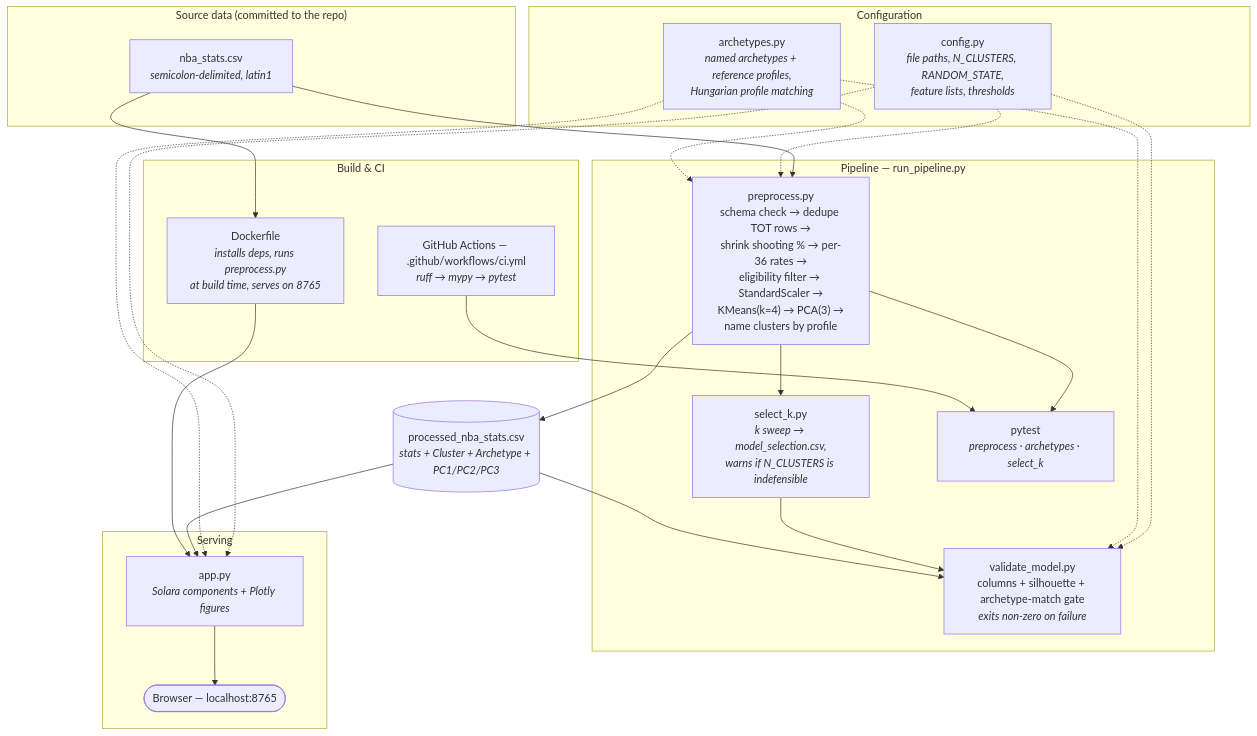
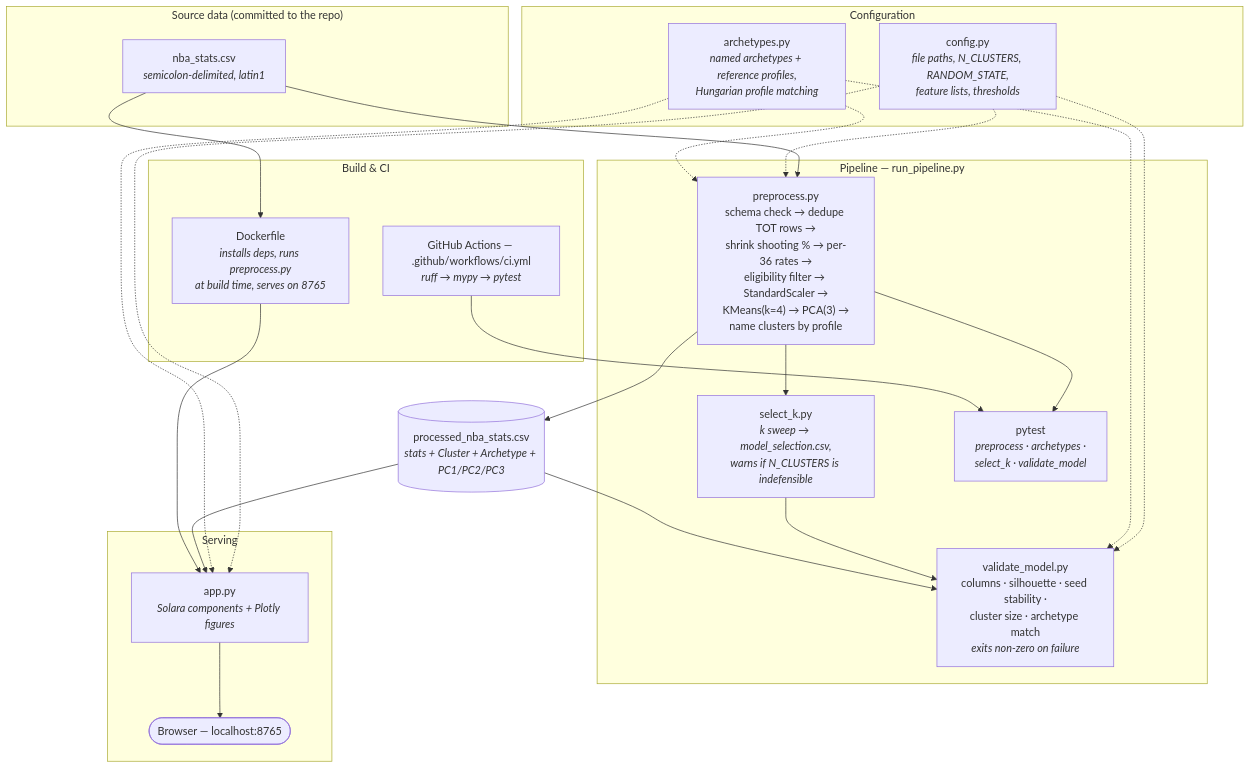
One commit to thompgt/nba-player-clustering changed the diagram in README.md. Above: the diagram before and after it, drawn with Mermaid. The commit also changed other lines of this file and 4 other files, not shown here.

````diff
--- a/README.md
+++ b/README.md
@@ -29,48 +29,48 @@
 ```mermaid
 flowchart TD
     subgraph src["Source data (committed to the repo)"]
         RAW["nba_stats.csv<br/><i>semicolon-delimited, latin1</i>"]
     end
 
     subgraph cfg["Configuration"]
         CONFIG["config.py<br/><i>file paths, N_CLUSTERS, RANDOM_STATE,<br/>feature lists, thresholds</i>"]
         ARCH["archetypes.py<br/><i>named archetypes + reference profiles,<br/>Hungarian profile matching</i>"]
     end
 
     subgraph pipe["Pipeline — run_pipeline.py"]
         PRE["preprocess.py<br/>schema check → dedupe TOT rows →<br/>shrink shooting % → per-36 rates →<br/>eligibility filter → StandardScaler →<br/>KMeans(k=4) → PCA(3) →<br/>name clusters by profile"]
         SEL["select_k.py<br/><i>k sweep → model_selection.csv,<br/>warns if N_CLUSTERS is indefensible</i>"]
-        VAL["validate_model.py<br/>columns + silhouette + archetype-match gate<br/><i>exits non-zero on failure</i>"]
-        TEST["pytest<br/><i>preprocess · archetypes · select_k</i>"]
+        VAL["validate_model.py<br/>columns · silhouette · seed stability ·<br/>cluster size · archetype match<br/><i>exits non-zero on failure</i>"]
+        TEST["pytest<br/><i>preprocess · archetypes ·<br/>select_k · validate_model</i>"]
     end
 
     PROC[("processed_nba_stats.csv<br/><i>stats + Cluster + Archetype + PC1/PC2/PC3</i>")]
 
     subgraph serve["Serving"]
         APP["app.py<br/><i>Solara components + Plotly figures</i>"]
         BROWSER(["Browser — localhost:8765"])
     end
 
     subgraph ops["Build & CI"]
         DOCKER["Dockerfile<br/><i>installs deps, runs preprocess.py<br/>at build time, serves on 8765</i>"]
         CI["GitHub Actions — .github/workflows/ci.yml<br/><i>ruff → mypy → pytest</i>"]
     end
 
     RAW --> PRE
     CONFIG -.-> PRE
     CONFIG -.-> VAL
     CONFIG -.-> APP
     ARCH -.-> PRE
     ARCH -.-> VAL
     ARCH -.-> APP
     PRE --> PROC
     PRE --> SEL
     SEL --> VAL
     PROC --> VAL
     PRE --> TEST
     PROC --> APP
     APP --> BROWSER
     RAW --> DOCKER
     DOCKER --> APP
     CI --> TEST
 ```
````
